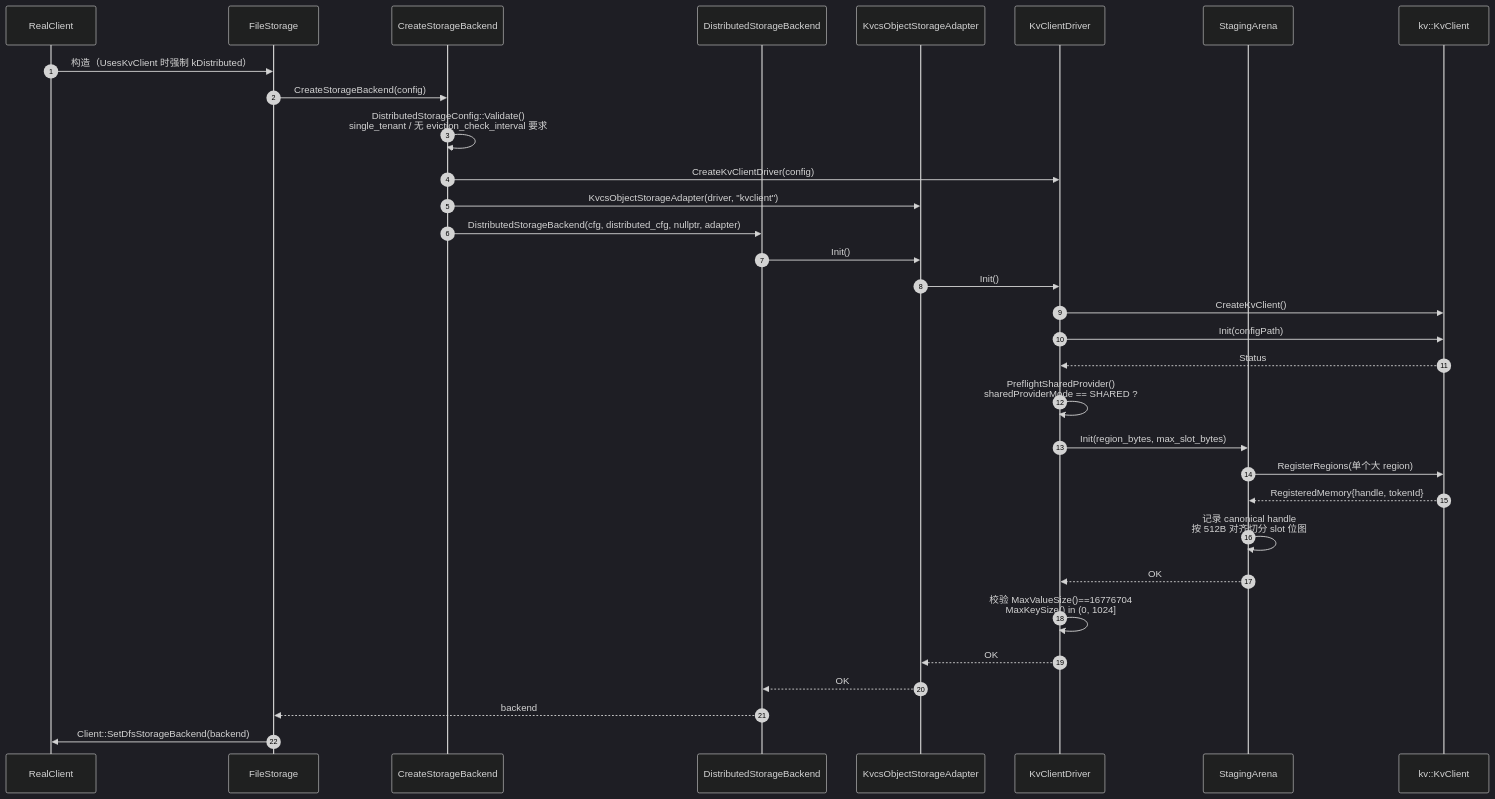
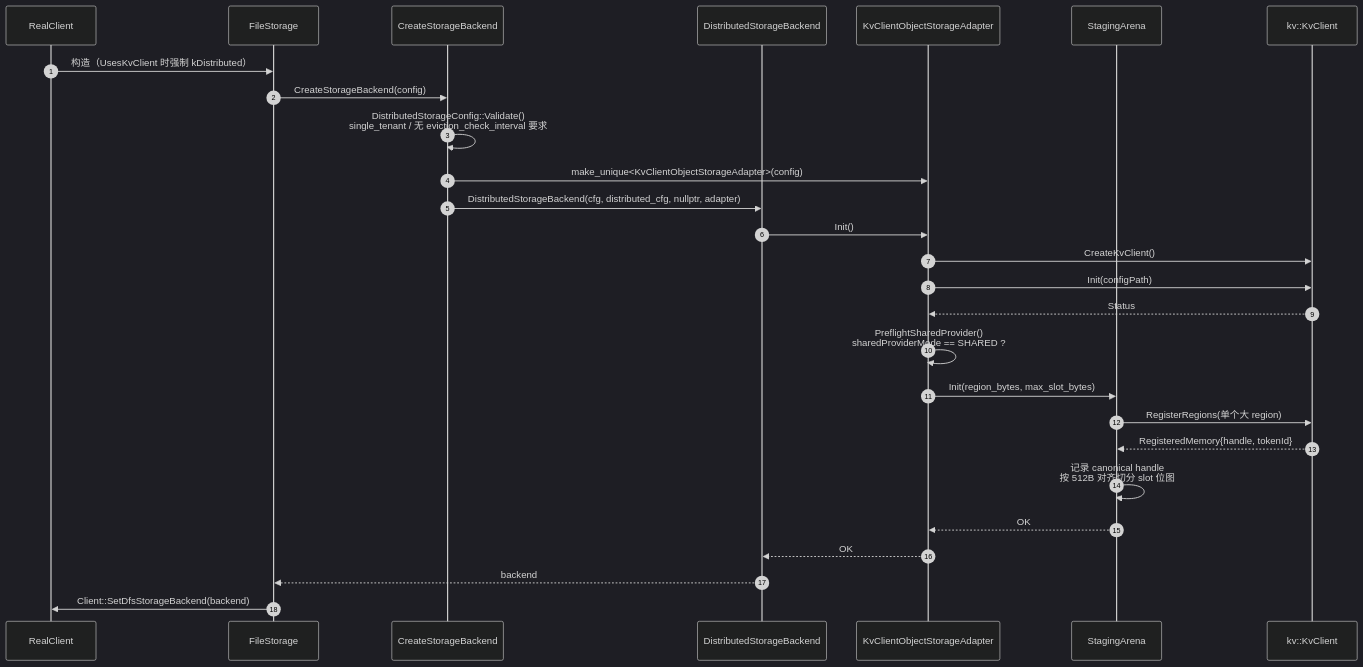
One commit to zwj20000328-dotcom/Mooncake-documents changed the eighth of 13 diagrams in Mooncake + KVClient L3 接入（Kvcs）- v3.md. Above: the diagram before and after it, drawn with Mermaid (dark theme). The commit also changed other lines of this file, not shown here.

Commit message:
modified : Mooncake + KVClient L3 接入（Kvcs）- v3.md

````diff
--- a/Mooncake + KVClient L3 接入（Kvcs）- v3.md
+++ b/Mooncake + KVClient L3 接入（Kvcs）- v3.md
@@ -677,35 +636,30 @@
 ```mermaid
 sequenceDiagram
     autonumber
     participant RC as RealClient
     participant FS as FileStorage
     participant F as CreateStorageBackend
     participant BE as DistributedStorageBackend
-    participant AD as KvcsObjectStorageAdapter
-    participant DR as KvClientDriver
+    participant AD as KvClientObjectStorageAdapter
     participant AR as StagingArena
     participant SDK as kv::KvClient
 
     RC->>FS: 构造（UsesKvClient 时强制 kDistributed）
     FS->>F: CreateStorageBackend(config)
     F->>F: DistributedStorageConfig::Validate()<br/>single_tenant / 无 eviction_check_interval 要求
-    F->>DR: CreateKvClientDriver(config)
-    F->>AD: KvcsObjectStorageAdapter(driver, "kvclient")
+    F->>AD: make_unique<KvClientObjectStorageAdapter>(config)
     F->>BE: DistributedStorageBackend(cfg, distributed_cfg, nullptr, adapter)
     BE->>AD: Init()
-    AD->>DR: Init()
-    DR->>SDK: CreateKvClient()
-    DR->>SDK: Init(configPath)
-    SDK-->>DR: Status
-    DR->>DR: PreflightSharedProvider()<br/>sharedProviderMode == SHARED ?
-    DR->>AR: Init(region_bytes, max_slot_bytes)
+    AD->>SDK: CreateKvClient()
+    AD->>SDK: Init(configPath)
+    SDK-->>AD: Status
+    AD->>AD: PreflightSharedProvider()<br/>sharedProviderMode == SHARED ?
+    AD->>AR: Init(region_bytes, max_slot_bytes)
     AR->>SDK: RegisterRegions(单个大 region)
     SDK-->>AR: RegisteredMemory{handle, tokenId}
     AR->>AR: 记录 canonical handle<br/>按 512B 对齐切分 slot 位图
-    AR-->>DR: OK
-    DR->>DR: 校验 MaxValueSize()==16776704<br/>MaxKeySize() in (0, 1024]
-    DR-->>AD: OK
+    AR-->>AD: OK
     AD-->>BE: OK
     BE-->>FS: backend
     FS->>RC: Client::SetDfsStorageBackend(backend)
 ```
````
